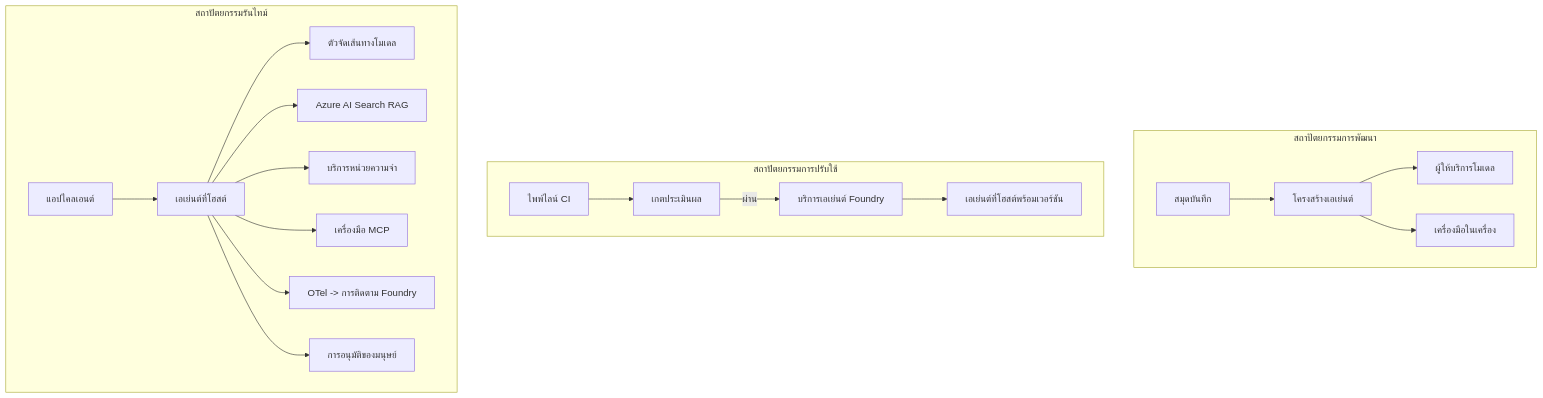
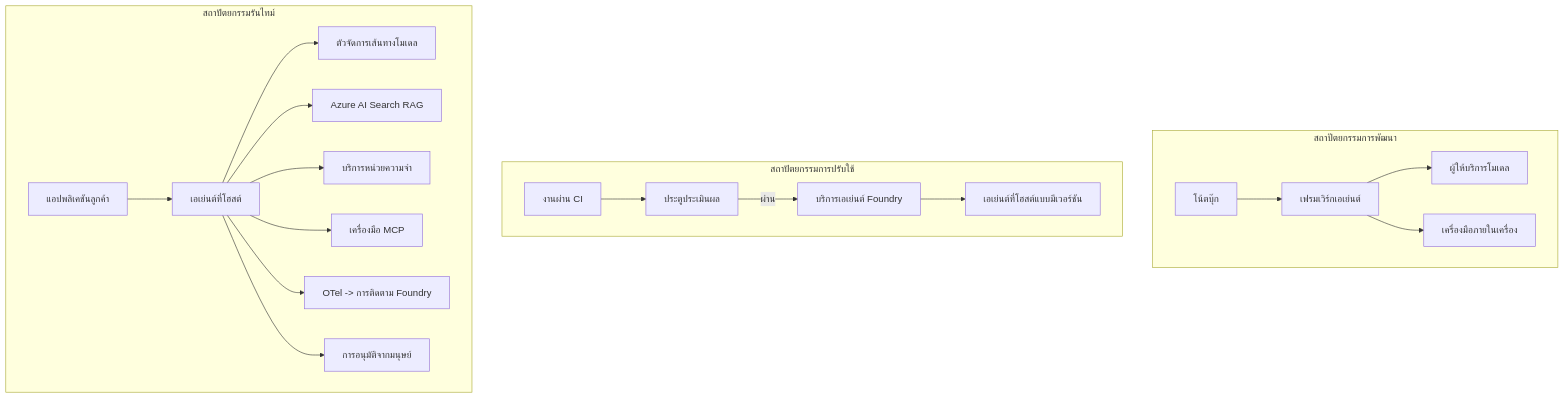
Before and after one commit to gabrielmoreira/agent-skills-mirror: the fourth of 4 diagrams in mirrors/repos/microsoft@ai-agents-for-beginners/translations/th/16-deploying-scalable-agents/README.md, drawn with Mermaid. The commit also changed other lines of this file and 3581 other files, not shown here.

````diff
--- a/mirrors/repos/microsoft@ai-agents-for-beginners/translations/th/16-deploying-scalable-agents/README.md
+++ b/mirrors/repos/microsoft@ai-agents-for-beginners/translations/th/16-deploying-scalable-agents/README.md
@@ -185,22 +185,22 @@
 ```mermaid
 flowchart TB
     subgraph Dev[สถาปัตยกรรมการพัฒนา]
-        D1[สมุดบันทึก] --> D2[โครงสร้างเอเย่นต์]
+        D1[โน้ตบุ๊ก] --> D2[เฟรมเวิร์กเอเย่นต์]
         D2 --> D3[ผู้ให้บริการโมเดล]
-        D2 --> D4[เครื่องมือในเครื่อง]
+        D2 --> D4[เครื่องมือภายในเครื่อง]
     end
     subgraph Deploy[สถาปัตยกรรมการปรับใช้]
-        E1[ไพพ์ไลน์ CI] --> E2[เกตประเมินผล]
+        E1[งานผ่าน CI] --> E2[ประตูประเมินผล]
         E2 -->|ผ่าน| E3[บริการเอเย่นต์ Foundry]
-        E3 --> E4[เอเย่นต์ที่โฮสต์พร้อมเวอร์ชัน]
+        E3 --> E4[เอเย่นต์ที่โฮสต์แบบมีเวอร์ชัน]
     end
     subgraph Run[สถาปัตยกรรมรันไทม์]
-        F1[แอปไคลเอนต์] --> F2[เอเย่นต์ที่โฮสต์]
-        F2 --> F3[ตัวจัดเส้นทางโมเดล]
+        F1[แอปพลิเคชันลูกค้า] --> F2[เอเย่นต์ที่โฮสต์]
+        F2 --> F3[ตัวจัดการเส้นทางโมเดล]
         F2 --> F4[Azure AI Search RAG]
         F2 --> F5[บริการหน่วยความจำ]
         F2 --> F6[เครื่องมือ MCP]
         F2 --> F7[OTel -> การติดตาม Foundry]
-        F2 --> F8[การอนุมัติของมนุษย์]
+        F2 --> F8[การอนุมัติจากมนุษย์]
     end
 ```
````
